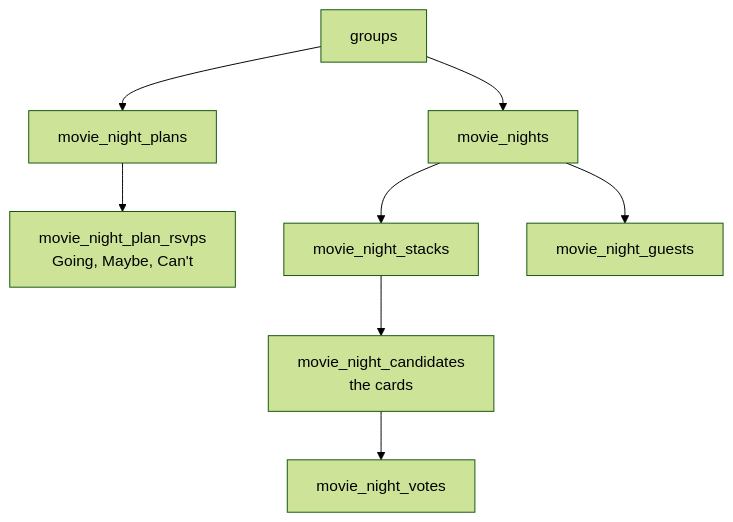
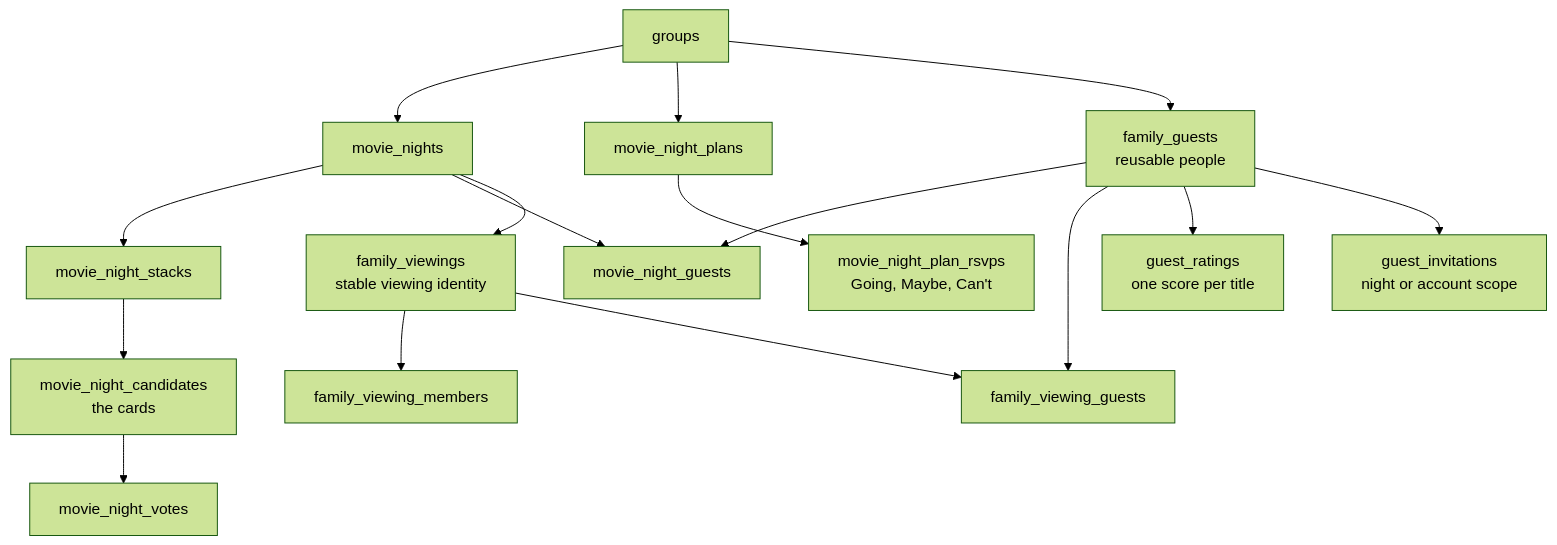
The tenth of 11 diagrams in README.md (covaciuandrei/famflix), drawn with Mermaid (forest theme) before and after one commit. The commit also changed other lines of this file and 54 other files, not shown here.

First line of the commit message:
feat: add family feedback and movie-night guest management

````diff
--- a/README.md
+++ b/README.md
@@ -224,10 +228,18 @@
 ```mermaid
 flowchart TD
     G["groups"] --> N["movie_nights"]
     G --> PL["movie_night_plans"]
     PL --> RS["movie_night_plan_rsvps<br/>Going, Maybe, Can't"]
     N --> ST["movie_night_stacks"]
     N --> GU["movie_night_guests"]
+    G --> FG["family_guests<br/>reusable people"]
+    FG --> GU
+    N --> FV["family_viewings<br/>stable viewing identity"]
+    FV --> FM["family_viewing_members"]
+    FV --> FVG["family_viewing_guests"]
+    FG --> FVG
+    FG --> GR["guest_ratings<br/>one score per title"]
+    FG --> GI["guest_invitations<br/>night or account scope"]
     ST --> CA["movie_night_candidates<br/>the cards"]
     CA --> V["movie_night_votes"]
 ```
````
